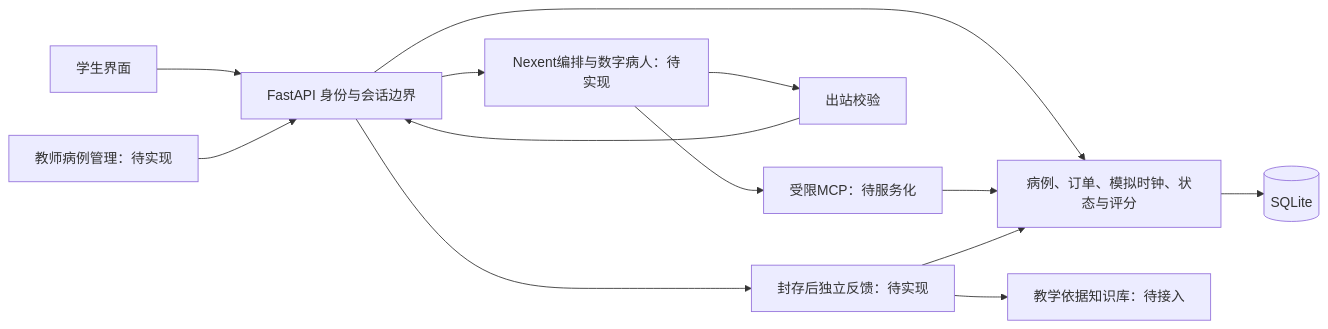
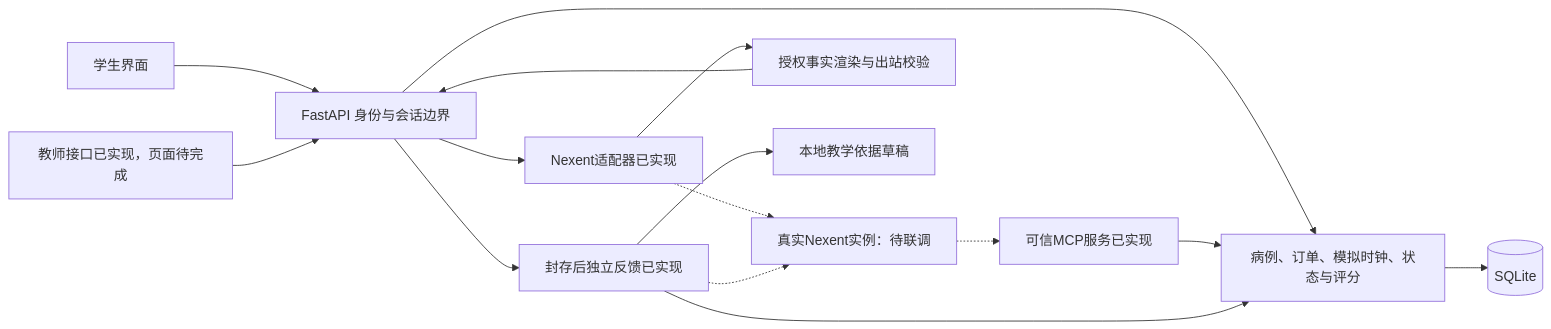
One commit to kechanghao666/ai-digital-patient-clinical-reasoning-training changed the diagram in docs/technical-plan.md. Above: the diagram before and after it, drawn with Mermaid. The commit also changed other lines of this file and 10 other files, not shown here.

````diff
--- a/docs/technical-plan.md
+++ b/docs/technical-plan.md
@@ -11,15 +11,17 @@
 ```mermaid
 flowchart LR
   Student[学生界面] --> API[FastAPI 身份与会话边界]
-  Teacher[教师病例管理：待实现] --> API
+  Teacher[教师接口已实现，页面待完成] --> API
   API --> Core[病例、订单、模拟时钟、状态与评分]
   Core --> DB[(SQLite)]
-  API --> Nexent[Nexent编排与数字病人：待实现]
-  Nexent --> MCP[受限MCP：待服务化]
+  API --> Adapter[Nexent适配器已实现]
+  Adapter -.-> Nexent[真实Nexent实例：待联调]
+  Nexent -.-> MCP[可信MCP服务已实现]
   MCP --> Core
-  Nexent --> Gate[出站校验]
+  Adapter --> Gate[授权事实渲染与出站校验]
   Gate --> API
-  API --> Feedback[封存后独立反馈：待实现]
-  Feedback --> Knowledge[教学依据知识库：待接入]
+  API --> Feedback[封存后独立反馈已实现]
+  Feedback --> Knowledge[本地教学依据草稿]
+  Feedback -.-> Nexent
   Feedback --> Core
 ```
````
